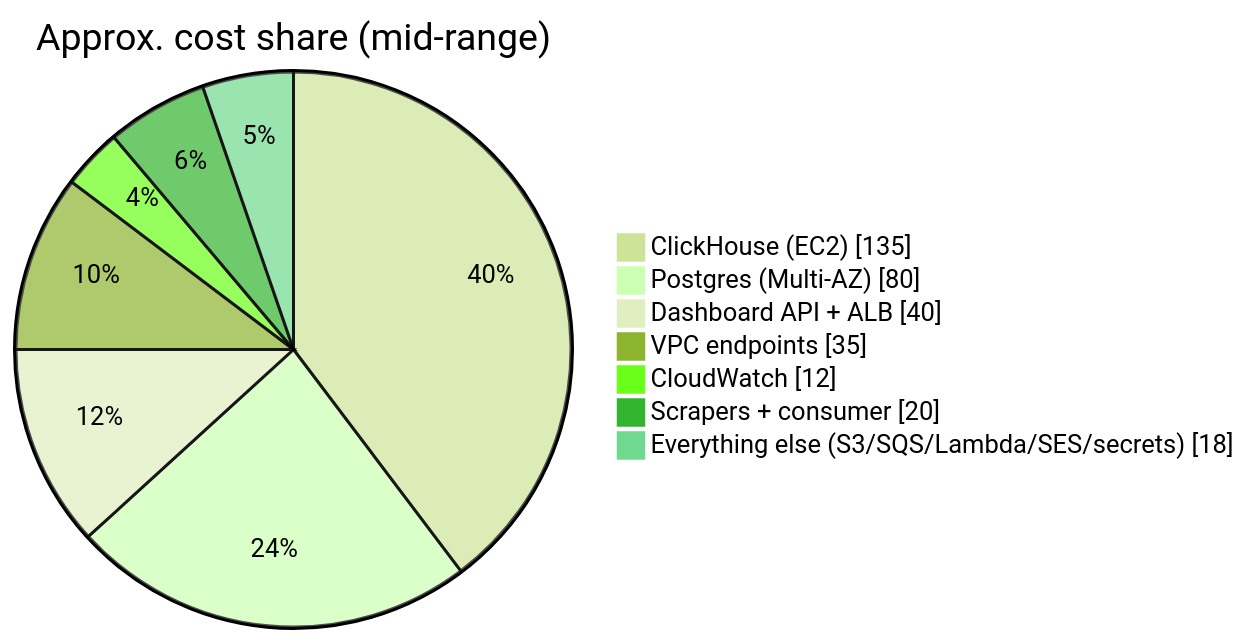
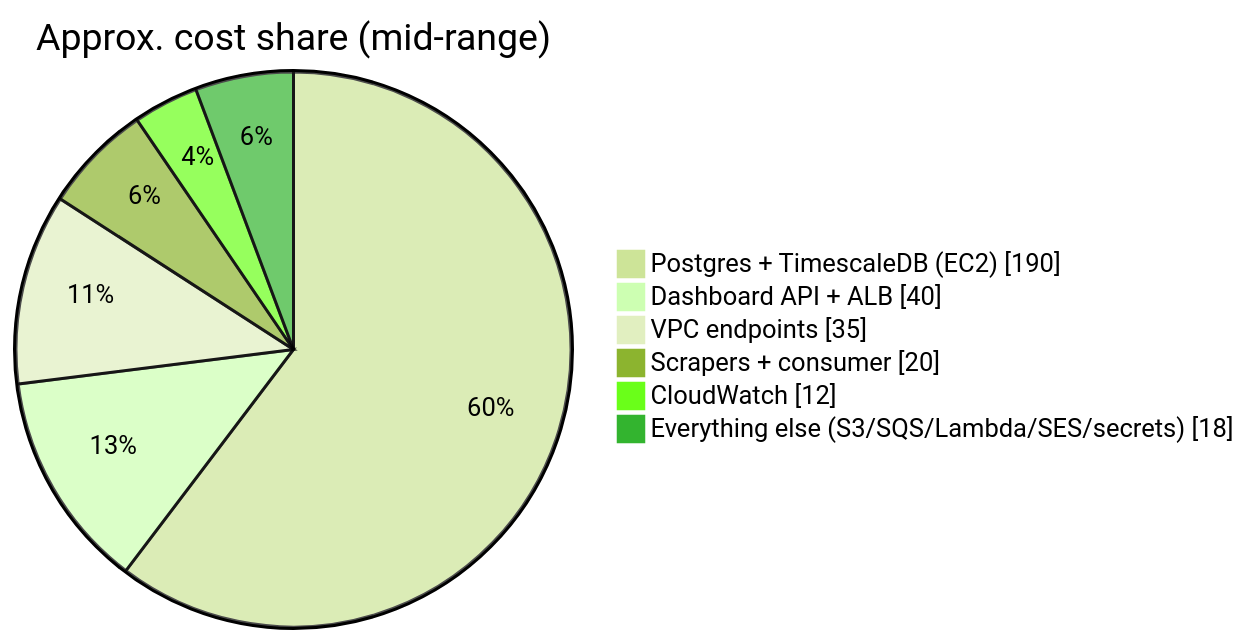
One commit to MagenticIn/MLS-Revamp changed the fifth of 6 diagrams in architecture.md. Above: the diagram before and after it, drawn with Mermaid (forest theme). The commit also changed other lines of this file, not shown here.

First line of the commit message:
Replace ClickHouse with TimescaleDB — single Postgres store

````diff
--- a/architecture.md
+++ b/architecture.md
@@ -216,10 +229,9 @@
 ```mermaid
 pie showData title Approx. cost share (mid-range)
-    "ClickHouse (EC2)" : 135
-    "Postgres (Multi-AZ)" : 80
+    "Postgres + TimescaleDB (EC2)" : 190
     "Dashboard API + ALB" : 40
     "VPC endpoints" : 35
+    "Scrapers + consumer" : 20
     "CloudWatch" : 12
-    "Scrapers + consumer" : 20
     "Everything else (S3/SQS/Lambda/SES/secrets)" : 18
 ```
````
